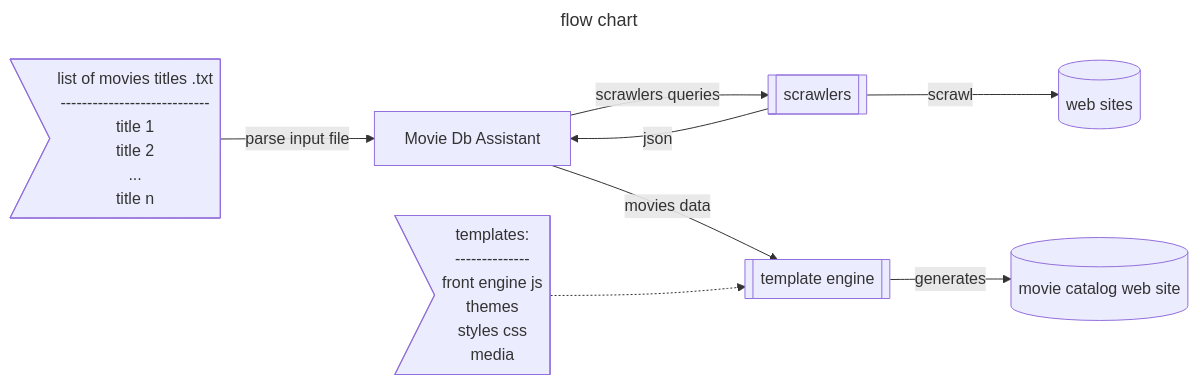
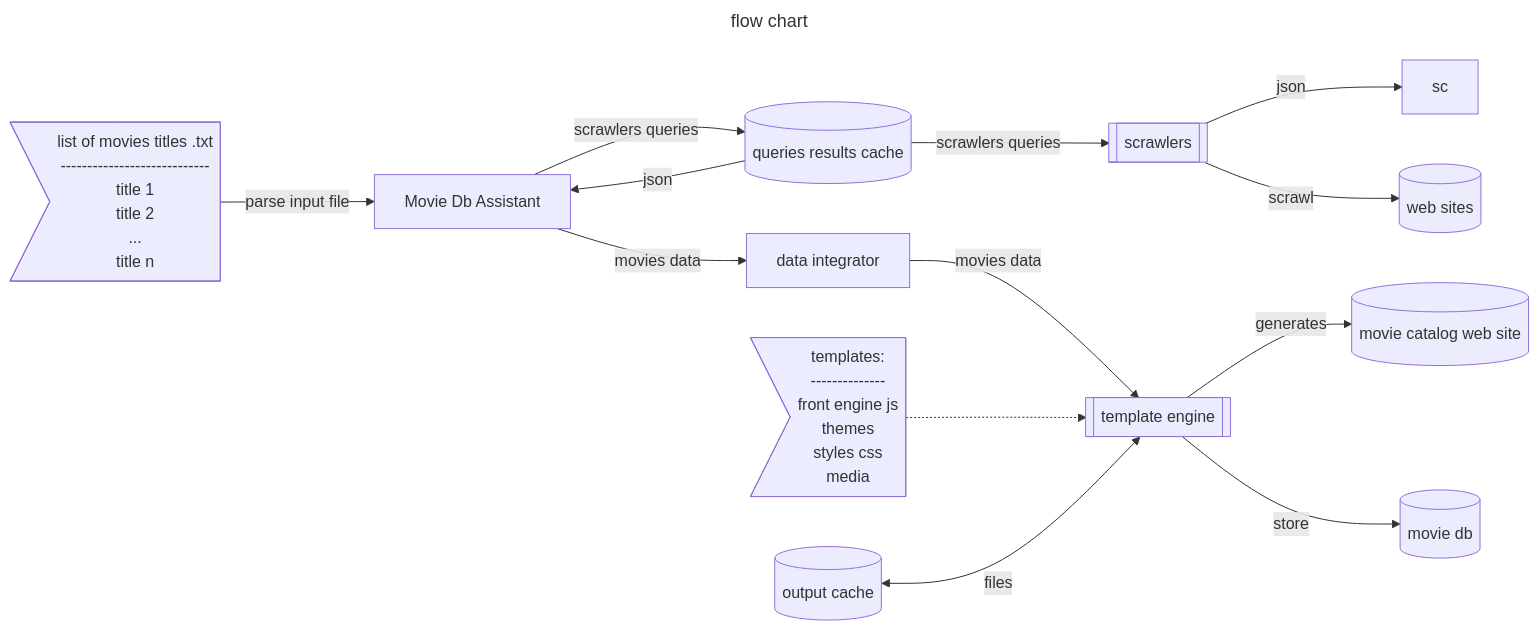
Before and after one commit to franck-gaspoz/franck-gaspoz: the diagram in README.md, drawn with Mermaid.

````diff
--- a/README.md
+++ b/README.md
@@ -20,25 +20,38 @@
 ```mermaid
 ---
 title: flow chart
 ---
     flowchart LR
 
     txt>list of movies titles .txt<br>----------------------------<br>title 1<br>title 2<br>...<br>title n<br>]
     mdba[Movie Db Assistant]
     scrawlers[[scrawlers]]
     websites[(web sites)]
     tple[[template engine]]
     tpls>templates:<br>--------------<br>front engine js<br>themes<br>styles css<br>media]
     mvc[(movie catalog web site)]
+    qrc[(queries results cache)]
+    dit[data integrator]
+    oc[(output cache)]
+    mdb[(movie db)]
 
     txt-- parse input file -->mdba
 
-    mdba-- scrawlers queries -->scrawlers
-    mdba-- movies data -->tple
+    mdba-- scrawlers queries -->qrc
+    mdba-- movies data -->dit
 
-    scrawlers-- json -->mdba
+    dit-- movies data -->tple
+    
+    qrc-- json -->mdba
+    qrc-- scrawlers queries -->scrawlers
+
+    scrawlers-- json -->sc
     scrawlers-- scrawl -->websites 
 
     tpls-.->tple
+
     tple-- generates -->mvc 
+    tple-- store -->mdb 
+    
+    oc<-- files -->tple
 ```
````
